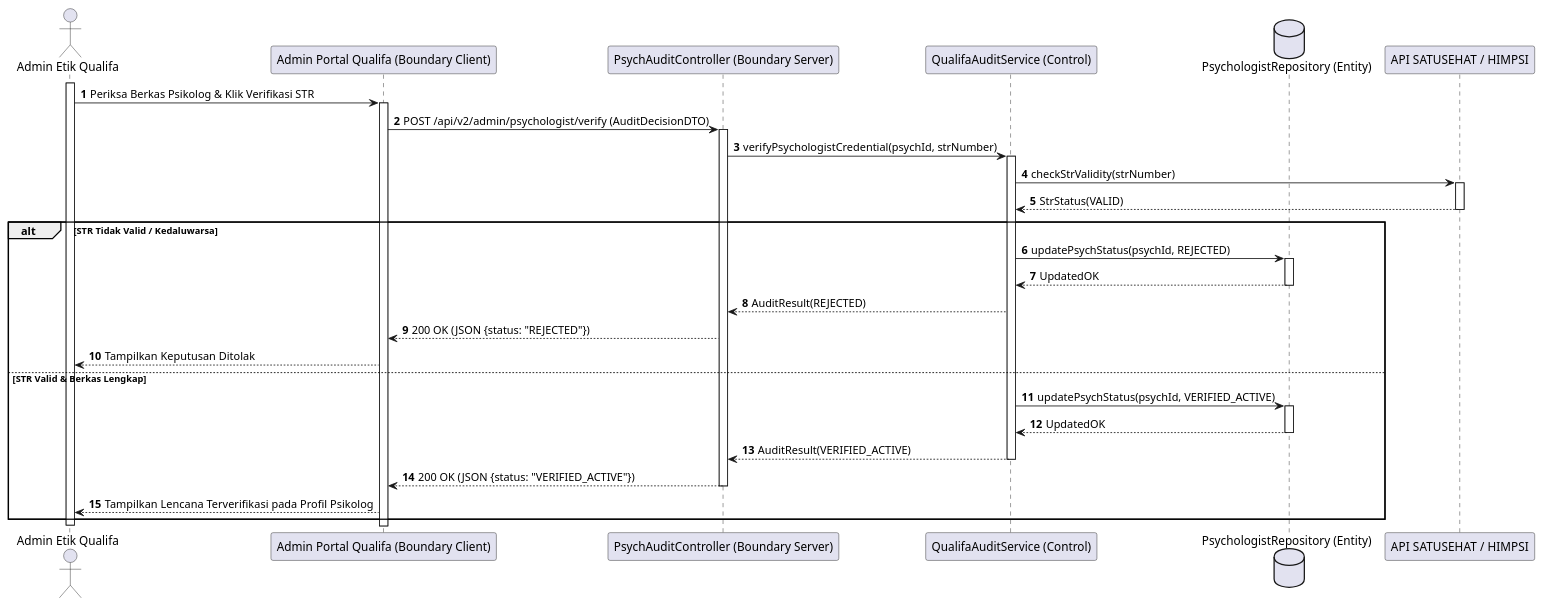
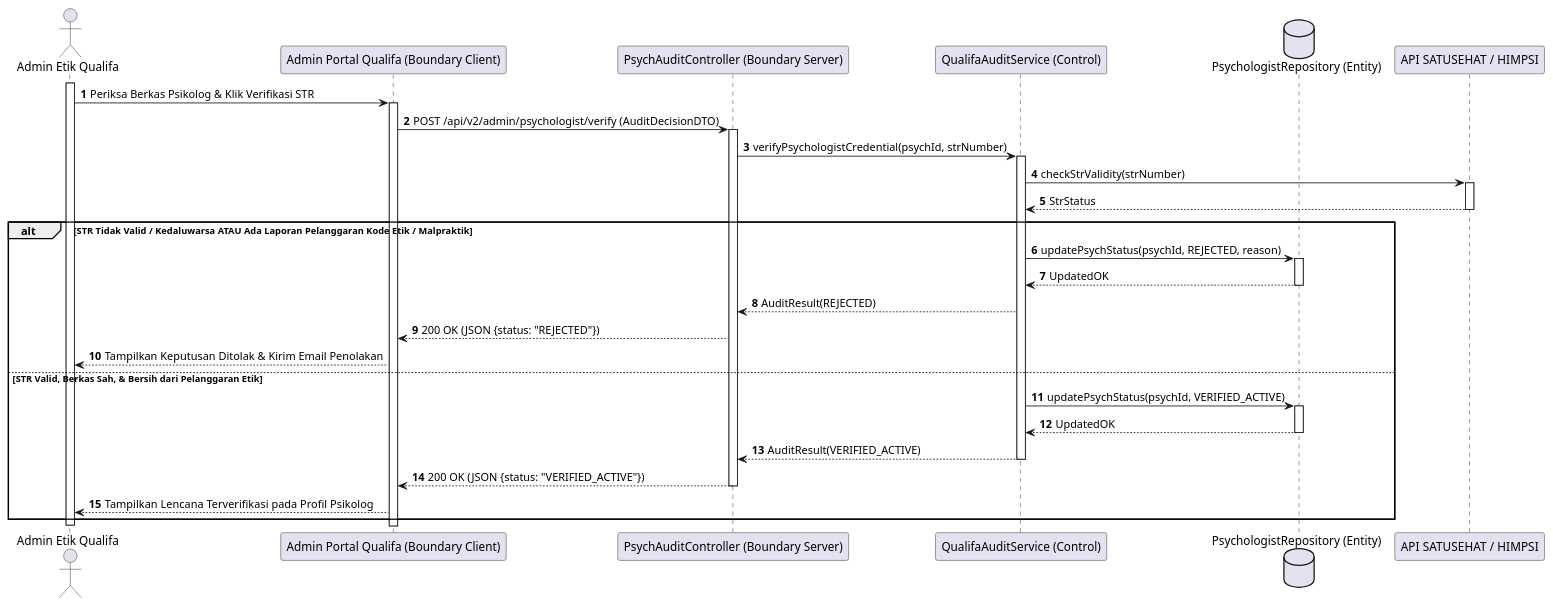
Diagram 25 of 28 in MarkDown/plantuml_sequence_diagrams.md (tupperwureism/SuperApp-Gagal), drawn with PlantUML before and after one commit. The commit also changed other lines of this file and 1 other file, not shown here.

Commit message:
docs: Deep 1-to-1 logical synchronization across all 28 Sequence Diagrams with AD branches

````diff
--- a/MarkDown/plantuml_sequence_diagrams.md
+++ b/MarkDown/plantuml_sequence_diagrams.md
@@ -1180,33 +1320,33 @@
 ```plantuml
 @startuml
 autonumber
 actor "Admin Etik Qualifa" as User
 participant "Admin Portal Qualifa (Boundary Client)" as B_FE
 participant "PsychAuditController (Boundary Server)" as B_BE
 participant "QualifaAuditService (Control)" as C_Svc
 database "PsychologistRepository (Entity)" as E_DB
 participant "API SATUSEHAT / HIMPSI" as Ext
 
 activate User
 User -> B_FE ++ : Periksa Berkas Psikolog & Klik Verifikasi STR
 B_FE -> B_BE ++ : POST /api/v2/admin/psychologist/verify (AuditDecisionDTO)
 B_BE -> C_Svc ++ : verifyPsychologistCredential(psychId, strNumber)
 C_Svc -> Ext ++ : checkStrValidity(strNumber)
-Ext --> C_Svc -- : StrStatus(VALID)
+Ext --> C_Svc -- : StrStatus
 
-alt STR Tidak Valid / Kedaluwarsa
-    C_Svc -> E_DB ++ : updatePsychStatus(psychId, REJECTED)
+alt STR Tidak Valid / Kedaluwarsa ATAU Ada Laporan Pelanggaran Kode Etik / Malpraktik
+    C_Svc -> E_DB ++ : updatePsychStatus(psychId, REJECTED, reason)
     E_DB --> C_Svc -- : UpdatedOK
     C_Svc --> B_BE : AuditResult(REJECTED)
     B_BE --> B_FE : 200 OK (JSON {status: "REJECTED"})
-    B_FE --> User : Tampilkan Keputusan Ditolak
-else STR Valid & Berkas Lengkap
+    B_FE --> User : Tampilkan Keputusan Ditolak & Kirim Email Penolakan
+else STR Valid, Berkas Sah, & Bersih dari Pelanggaran Etik
     C_Svc -> E_DB ++ : updatePsychStatus(psychId, VERIFIED_ACTIVE)
     E_DB --> C_Svc -- : UpdatedOK
     C_Svc --> B_BE -- : AuditResult(VERIFIED_ACTIVE)
     B_BE --> B_FE -- : 200 OK (JSON {status: "VERIFIED_ACTIVE"})
     B_FE --> User : Tampilkan Lencana Terverifikasi pada Profil Psikolog
 end
 deactivate User
 @enduml
 ```
````
